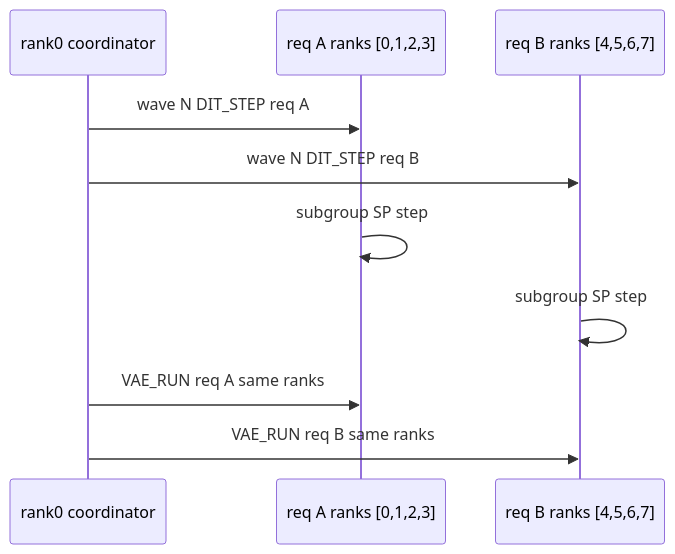
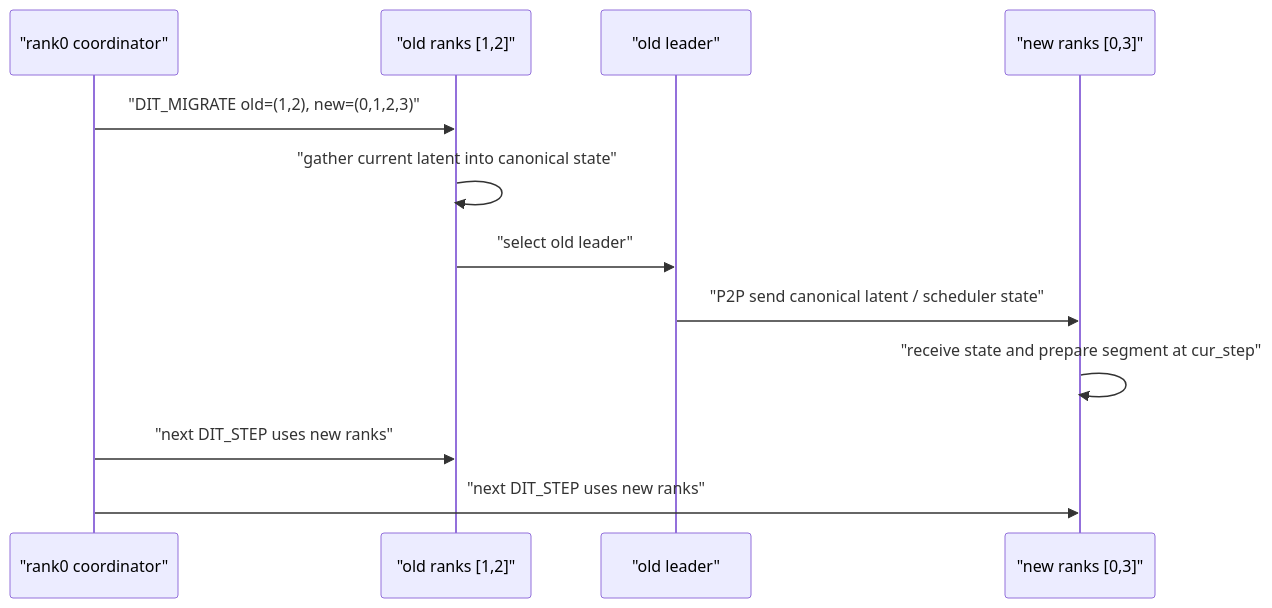
Before and after one commit to FredHuang99/sglang: the second of 3 diagrams in docs/ddit/sglang_ddit_cookbook.md, drawn with Mermaid. The commit also changed other lines of this file and 7 other files, not shown here.

````diff
--- a/docs/ddit/sglang_ddit_cookbook.md
+++ b/docs/ddit/sglang_ddit_cookbook.md
@@ -141,12 +92,14 @@
 ```mermaid
 sequenceDiagram
-  participant C as rank0 coordinator
-  participant A as req A ranks [0,1,2,3]
-  participant B as req B ranks [4,5,6,7]
-  C->>A: wave N DIT_STEP req A
-  C->>B: wave N DIT_STEP req B
-  A->>A: subgroup SP step
-  B->>B: subgroup SP step
-  C->>A: VAE_RUN req A same ranks
-  C->>B: VAE_RUN req B same ranks
+  participant C as "rank0 coordinator"
+  participant O as "old ranks [1,2]"
+  participant L as "old leader"
+  participant N as "new ranks [0,3]"
+  C->>O: "DIT_MIGRATE old=(1,2), new=(0,1,2,3)"
+  O->>O: "gather current latent into canonical state"
+  O->>L: "select old leader"
+  L->>N: "P2P send canonical latent / scheduler state"
+  N->>N: "receive state and prepare segment at cur_step"
+  C->>O: "next DIT_STEP uses new ranks"
+  C->>N: "next DIT_STEP uses new ranks"
 ```
````
